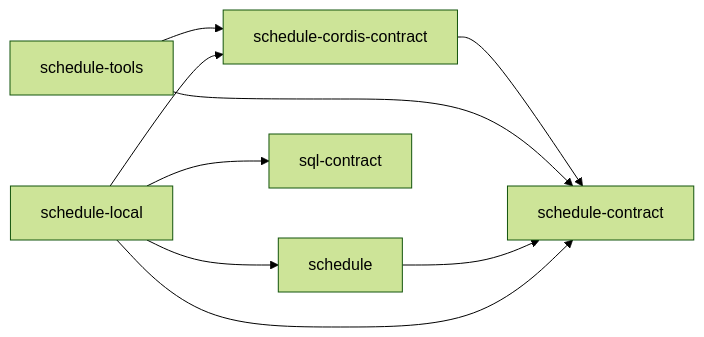
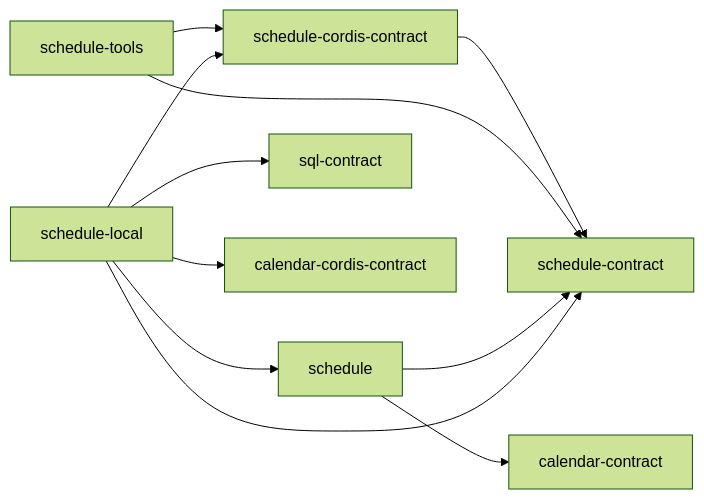
One commit to nemori-ai/omne-harness-lite changed the first of 2 diagrams in packages/schedule/docs/architecture.md. Above: the diagram before and after it, drawn with Mermaid (forest theme). The commit also changed other lines of this file and 22 other files, not shown here.

````diff
--- a/packages/schedule/docs/architecture.md
+++ b/packages/schedule/docs/architecture.md
@@ -10,11 +10,13 @@
 ```mermaid
 flowchart LR
   Tools["schedule-tools"] --> Binding["schedule-cordis-contract"]
   Binding --> Contract["schedule-contract"]
   Tools --> Contract
   Core["schedule"] --> Contract
   Local["schedule-local"] --> Core
   Local --> Binding
   Local --> Contract
   Local --> SQL["sql-contract"]
+  Local --> CalendarBinding["calendar-cordis-contract"]
+  Core --> CalendarContract["calendar-contract"]
 ```
````
